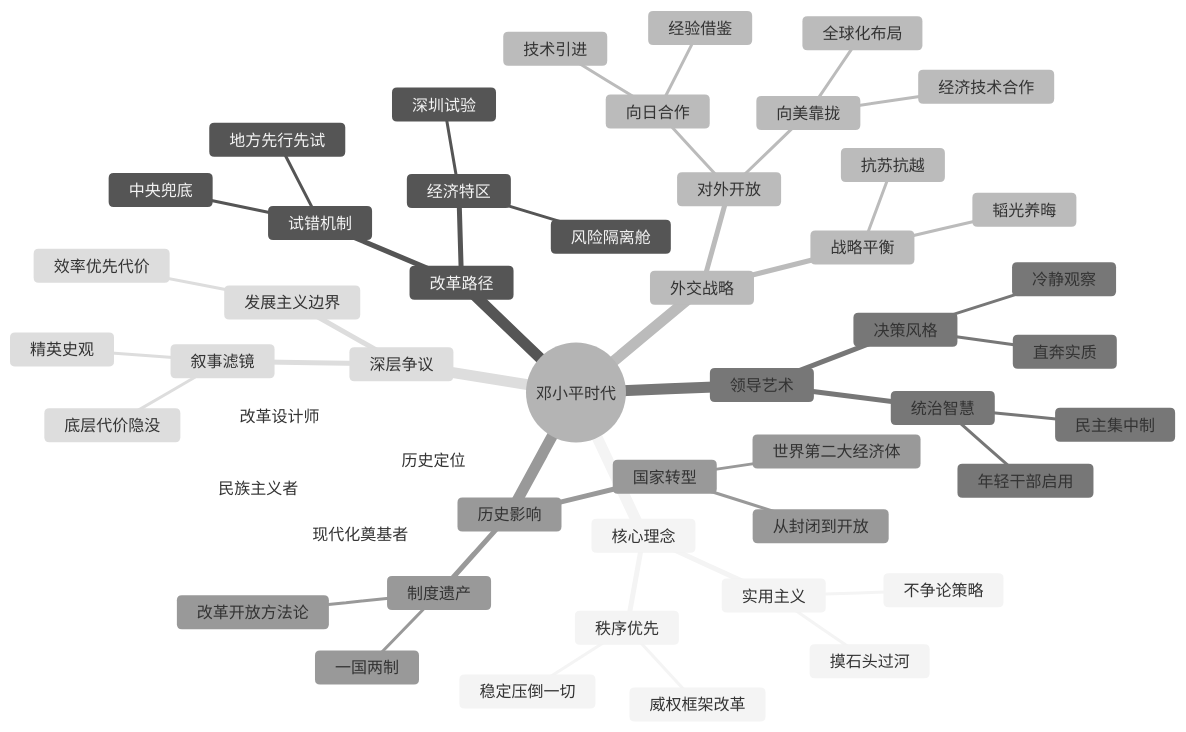
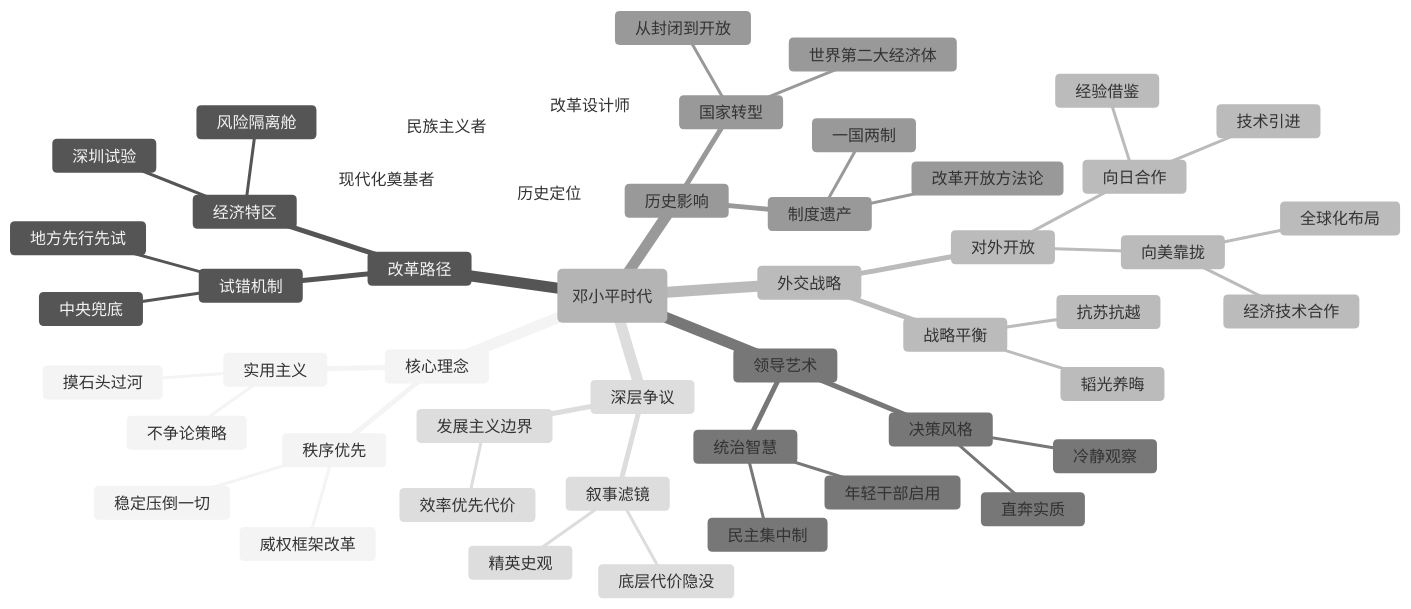
Before and after one commit to funloss/funKnowledge: the diagram in 读书/中国历史/邓小平时代.md, drawn with Mermaid (neutral theme). The commit also changed 74 other files, not shown here.

````diff
--- a/读书/中国历史/邓小平时代.md
+++ b/读书/中国历史/邓小平时代.md
@@ -3,53 +3,53 @@
 ```mermaid
 mindmap
-  root((邓小平时代))
+  root(邓小平时代)
     核心理念
       实用主义
         摸石头过河
         不争论策略
       秩序优先
         稳定压倒一切
         威权框架改革
     改革路径
       经济特区
         风险隔离舱
         深圳试验
       试错机制
         地方先行先试
         中央兜底
     外交战略
       对外开放
         向日合作
           技术引进
           经验借鉴
         向美靠拢
           全球化布局
           经济技术合作
       战略平衡
         抗苏抗越
         韬光养晦
     领导艺术
       统治智慧
         民主集中制
         年轻干部启用
       决策风格
         直奔实质
         冷静观察
     历史影响
       国家转型
         从封闭到开放
         世界第二大经济体
       制度遗产
         一国两制
         改革开放方法论
     深层争议
       发展主义边界
         效率优先代价
       叙事滤镜
         精英史观
         底层代价隐没
     历史定位
       改革设计师
       现代化奠基者
       民族主义者
 ```
````
